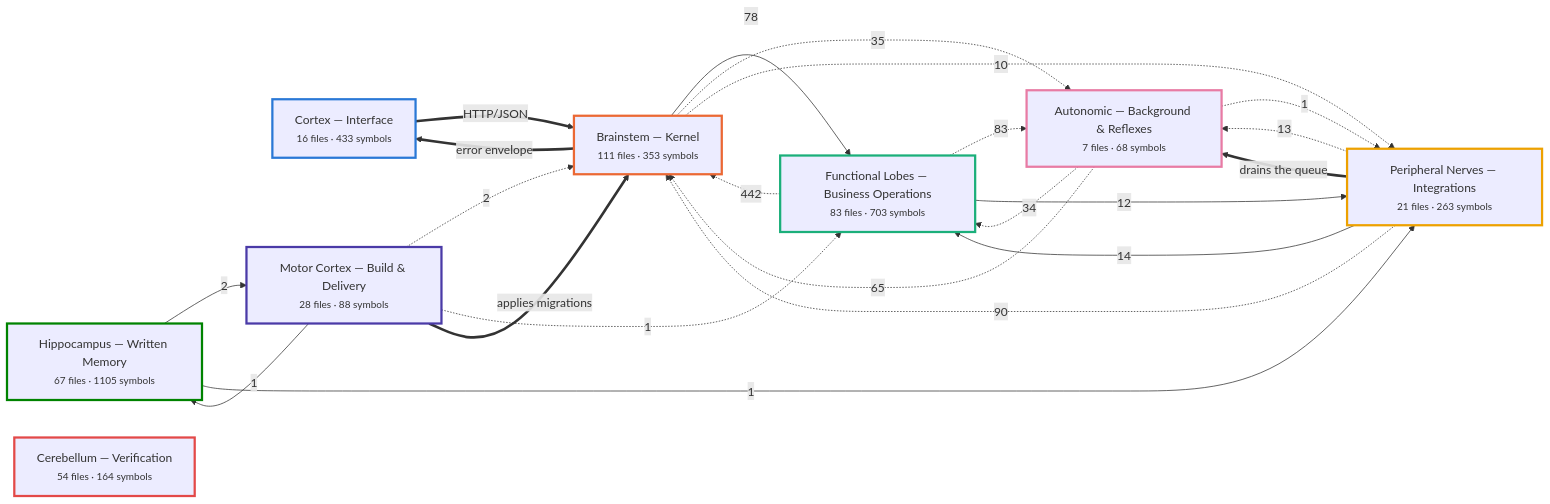
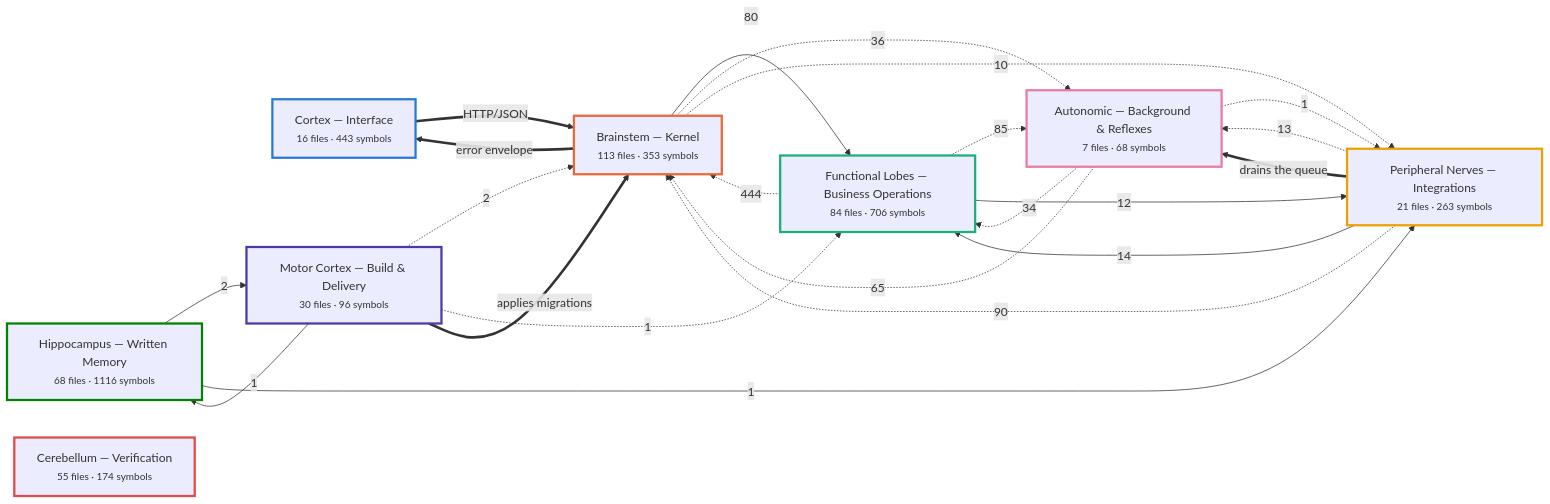
Before and after one commit to Vishalnayak226/custom_erp: the first of 7 diagrams in docs/brain/BRAIN.md, drawn with Mermaid. The commit also changed other lines of this file and 31 other files, not shown here.

````diff
--- a/docs/brain/BRAIN.md
+++ b/docs/brain/BRAIN.md
@@ -35,48 +35,48 @@
 ```mermaid
 flowchart LR
-  n_cortex["Cortex — Interface<br/><small>16 files · 433 symbols</small>"]
-  n_brainstem["Brainstem — Kernel<br/><small>111 files · 353 symbols</small>"]
-  n_business["Functional Lobes — Business Operations<br/><small>83 files · 703 symbols</small>"]
+  n_cortex["Cortex — Interface<br/><small>16 files · 443 symbols</small>"]
+  n_brainstem["Brainstem — Kernel<br/><small>113 files · 353 symbols</small>"]
+  n_business["Functional Lobes — Business Operations<br/><small>84 files · 706 symbols</small>"]
   n_peripheral["Peripheral Nerves — Integrations<br/><small>21 files · 263 symbols</small>"]
   n_autonomic["Autonomic — Background & Reflexes<br/><small>7 files · 68 symbols</small>"]
-  n_memory["Hippocampus — Written Memory<br/><small>67 files · 1105 symbols</small>"]
-  n_motor["Motor Cortex — Build & Delivery<br/><small>28 files · 88 symbols</small>"]
-  n_verification["Cerebellum — Verification<br/><small>54 files · 164 symbols</small>"]
-  n_business -.->|442| n_brainstem
+  n_memory["Hippocampus — Written Memory<br/><small>68 files · 1116 symbols</small>"]
+  n_motor["Motor Cortex — Build & Delivery<br/><small>30 files · 96 symbols</small>"]
+  n_verification["Cerebellum — Verification<br/><small>55 files · 174 symbols</small>"]
+  n_business -.->|444| n_brainstem
   n_peripheral -.->|90| n_brainstem
-  n_business -.->|83| n_autonomic
-  n_brainstem -->|78| n_business
+  n_business -.->|85| n_autonomic
+  n_brainstem -->|80| n_business
   n_autonomic -.->|65| n_brainstem
-  n_brainstem -.->|35| n_autonomic
+  n_brainstem -.->|36| n_autonomic
   n_autonomic -.->|34| n_business
   n_peripheral -->|14| n_business
   n_peripheral -.->|13| n_autonomic
   n_business -->|12| n_peripheral
   n_brainstem -.->|10| n_peripheral
   n_motor -.->|2| n_brainstem
   n_memory -->|2| n_motor
+  n_motor -.->|1| n_business
+  n_autonomic -.->|1| n_peripheral
+  n_memory -->|1| n_peripheral
   n_motor -->|1| n_memory
-  n_memory -->|1| n_peripheral
-  n_autonomic -.->|1| n_peripheral
-  n_motor -.->|1| n_business
   n_brainstem ==>|error envelope| n_cortex
   n_cortex ==>|HTTP/JSON| n_brainstem
   n_motor ==>|applies migrations| n_brainstem
   n_peripheral ==>|drains the queue| n_autonomic
   classDef n_cortex stroke:#2a78d6,stroke-width:3px;
   class n_cortex n_cortex;
   classDef n_brainstem stroke:#eb6834,stroke-width:3px;
   class n_brainstem n_brainstem;
   classDef n_business stroke:#1baf7a,stroke-width:3px;
   class n_business n_business;
   classDef n_peripheral stroke:#eda100,stroke-width:3px;
   class n_peripheral n_peripheral;
   classDef n_autonomic stroke:#e87ba4,stroke-width:3px;
   class n_autonomic n_autonomic;
   classDef n_memory stroke:#008300,stroke-width:3px;
   class n_memory n_memory;
   classDef n_motor stroke:#4a3aa7,stroke-width:3px;
   class n_motor n_motor;
   classDef n_verification stroke:#e34948,stroke-width:3px;
   class n_verification n_verification;
 ```
````
